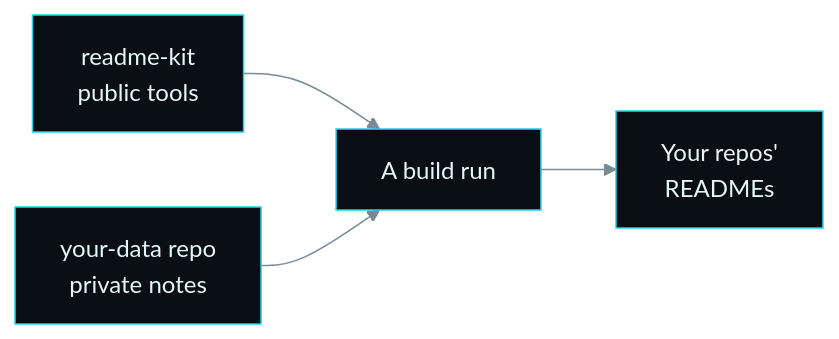
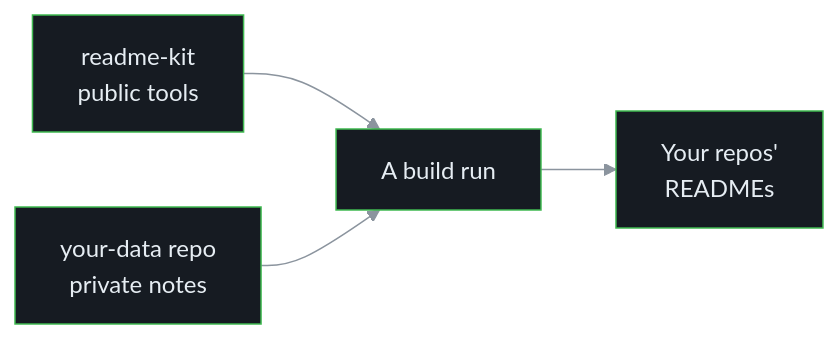
Before and after one commit to F0rger123/readme-kit: the second of 2 diagrams in README.md, drawn with Mermaid. The commit also changed other lines of this file and 10 other files, not shown here.

````diff
--- a/README.md
+++ b/README.md
@@ -82,7 +90,7 @@
 ```mermaid
-%%{init: {'theme':'base','themeVariables':{'primaryColor':'#0a0f16','primaryTextColor':'#e6f6fa','primaryBorderColor':'#22d3ee','lineColor':'#7b8a96','secondaryColor':'#111822','tertiaryColor':'#0a0f16','clusterBkg':'transparent','clusterBorder':'#22d3ee','noteBkgColor':'#111822','noteTextColor':'#e6f6fa','actorBkg':'#0a0f16','actorTextColor':'#e6f6fa','actorBorder':'#22d3ee','signalColor':'#7b8a96','signalTextColor':'#7b8a96','labelBoxBkgColor':'#0a0f16','fontFamily':'inherit'}}}%%
+%%{init: {'theme':'base','themeVariables':{'primaryColor':'#161b22','primaryTextColor':'#e6edf3','primaryBorderColor':'#3fb950','lineColor':'#8b949e','secondaryColor':'#0d1117','tertiaryColor':'#21262d','clusterBkg':'transparent','clusterBorder':'#3fb950','noteBkgColor':'#0d1117','noteTextColor':'#e6edf3','actorBkg':'#161b22','actorTextColor':'#e6edf3','actorBorder':'#3fb950','signalColor':'#8b949e','signalTextColor':'#8b949e','labelBoxBkgColor':'#161b22','fontFamily':'inherit'}}}%%
 flowchart LR
     Kit["readme-kit<br/>public tools"] --> Run["A build run"]
     Data["your-data repo<br/>private notes"] --> Run
     Run --> Repos["Your repos'<br/>READMEs"]
 ```
````
